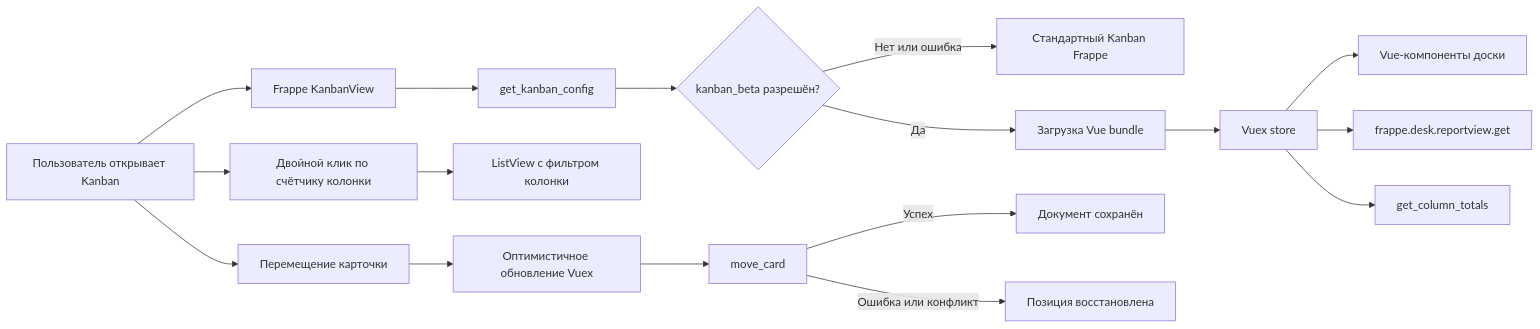
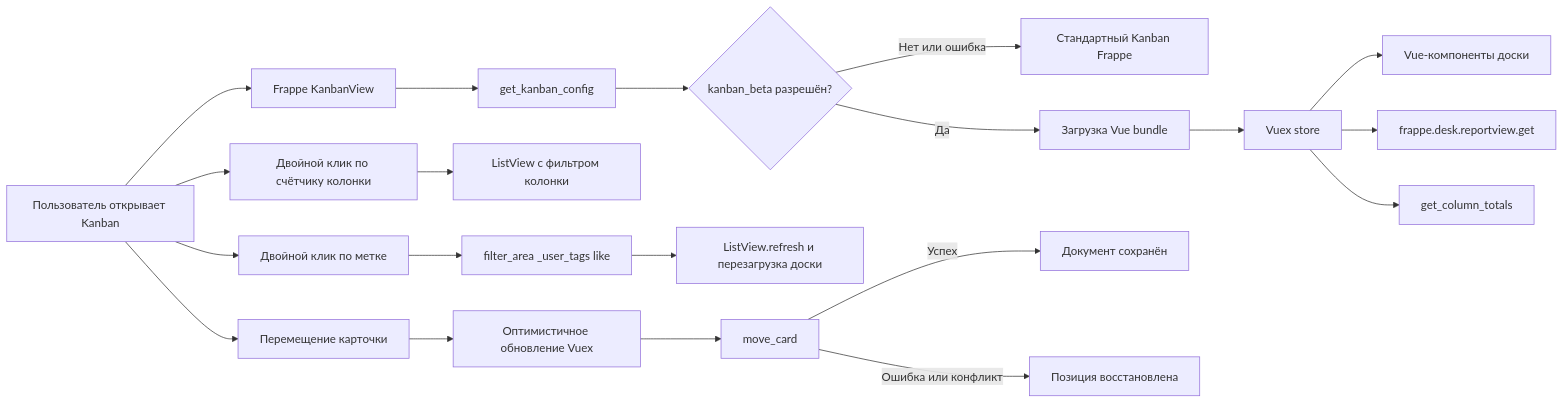
One commit to Dinext-pro/dinext_kanban changed the diagram in README.md. Above: the diagram before and after it, drawn with Mermaid. The commit also changed other lines of this file and 30 other files, not shown here.

Commit message:
feat: enhance Kanban card functionality with inline editing, user tag management, and improved drag-and-drop behavior; add tests for tag interactions and inline field editing

````diff
--- a/README.md
+++ b/README.md
@@ -411,19 +437,22 @@
 ```mermaid
 flowchart LR
     User[Пользователь открывает Kanban] --> Native[Frappe KanbanView]
     Native --> Config[get_kanban_config]
     Config --> Decision{kanban_beta разрешён?}
     Decision -->|Нет или ошибка| Standard[Стандартный Kanban Frappe]
     Decision -->|Да| Bundle[Загрузка Vue bundle]
     Bundle --> Store[Vuex store]
     Store --> Board[Vue-компоненты доски]
     Store --> ListAPI[frappe.desk.reportview.get]
     Store --> Totals[get_column_totals]
     User --> ListNav[Двойной клик по счётчику колонки]
     ListNav --> ListView[ListView с фильтром колонки]
+    User --> TagFilter[Двойной клик по метке]
+    TagFilter --> FilterArea[filter_area _user_tags like]
+    FilterArea --> Refresh[ListView.refresh и перезагрузка доски]
     User --> Move[Перемещение карточки]
     Move --> Optimistic[Оптимистичное обновление Vuex]
     Optimistic --> MoveAPI[move_card]
     MoveAPI -->|Успех| Saved[Документ сохранён]
     MoveAPI -->|Ошибка или конфликт| Rollback[Позиция восстановлена]
 ```
````
